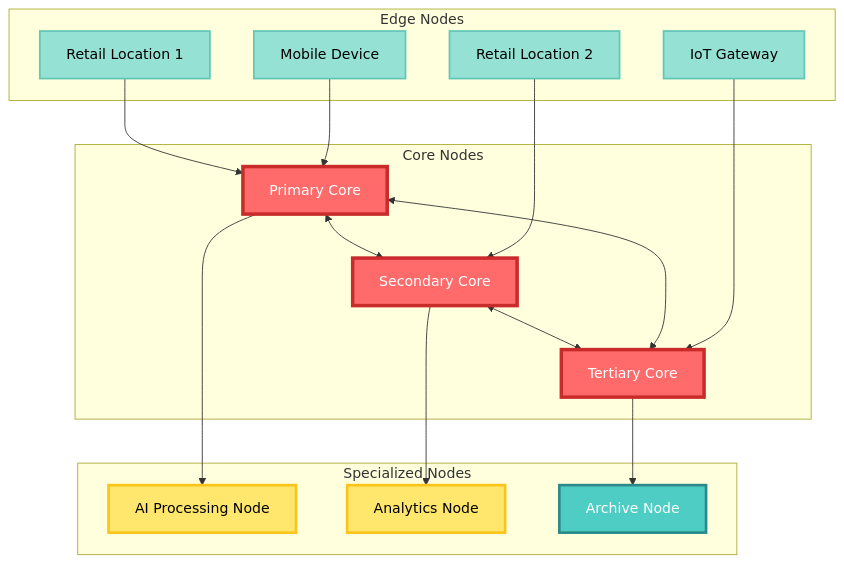
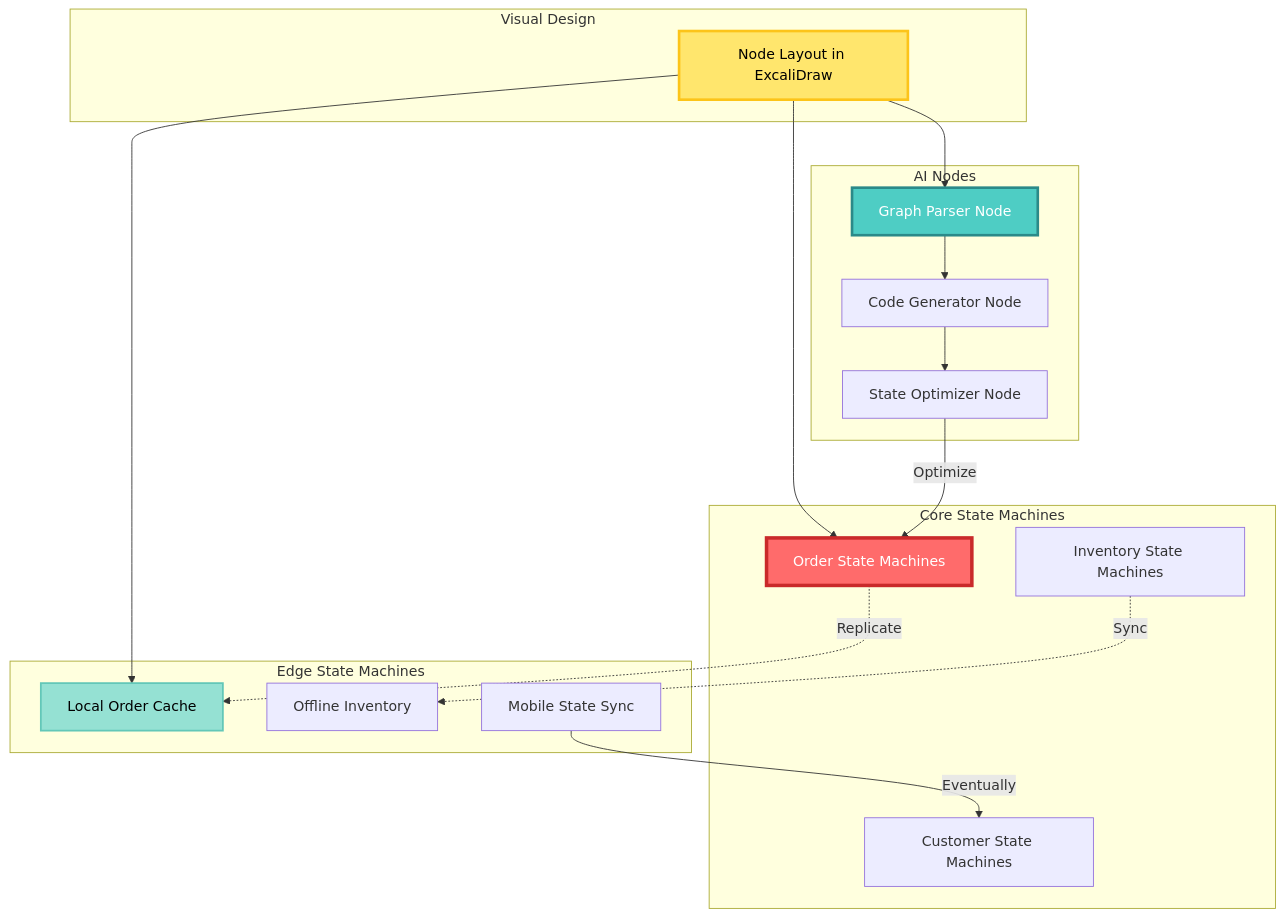
Before and after one commit to TheCowboyAI/cim: the fifth of 9 diagrams in doc/architecture-deep-dive.md, drawn with Mermaid. The commit also changed other lines of this file and 1 other file, not shown here.

First line of the commit message:
Complete documentation revision for visual-first architecture

````diff
--- a/doc/architecture-deep-dive.md
+++ b/doc/architecture-deep-dive.md
@@ -423,46 +454,42 @@
 ```mermaid
 graph TB
-    subgraph "Core Nodes"
-        CN1[Primary Core]
-        CN2[Secondary Core]
-        CN3[Tertiary Core]
+    subgraph "Visual Design"
+        VD[Node Layout in ExcaliDraw]
     end
     
-    subgraph "Edge Nodes"
-        EN1[Retail Location 1]
-        EN2[Retail Location 2]
-        EN3[Mobile Device]
-        EN4[IoT Gateway]
+    subgraph "Core State Machines"
+        CS1[Order State Machines]
+        CS2[Inventory State Machines]
+        CS3[Customer State Machines]
     end
     
-    subgraph "Specialized Nodes"
-        SN1[AI Processing Node]
-        SN2[Analytics Node]
-        SN3[Archive Node]
+    subgraph "Edge State Machines"
+        ES1[Local Order Cache]
+        ES2[Offline Inventory]
+        ES3[Mobile State Sync]
     end
     
-    CN1 <--> CN2
-    CN2 <--> CN3
-    CN1 <--> CN3
+    subgraph "AI Nodes"
+        AI1[Graph Parser Node]
+        AI2[Code Generator Node]
+        AI3[State Optimizer Node]
+    end
     
-    EN1 --> CN1
-    EN2 --> CN2
-    EN3 --> CN1
-    EN4 --> CN3
+    VD --> CS1
+    VD --> ES1
+    VD --> AI1
     
-    CN1 --> SN1
-    CN2 --> SN2
-    CN3 --> SN3
+    CS1 -.->|Replicate| ES1
+    CS2 -.->|Sync| ES2
+    ES3 -->|Eventually| CS3
+    
+    AI1 --> AI2
+    AI2 --> AI3
+    AI3 -->|Optimize| CS1
     
     %% Styling
-    style CN1 fill:#FF6B6B,stroke:#C92A2A,stroke-width:4px,color:#FFF
-    style CN2 fill:#FF6B6B,stroke:#C92A2A,stroke-width:4px,color:#FFF
-    style CN3 fill:#FF6B6B,stroke:#C92A2A,stroke-width:4px,color:#FFF
-    style EN1 fill:#95E1D3,stroke:#63C7B8,stroke-width:2px,color:#000
-    style EN2 fill:#95E1D3,stroke:#63C7B8,stroke-width:2px,color:#000
-    style EN3 fill:#95E1D3,stroke:#63C7B8,stroke-width:2px,color:#000
-    style EN4 fill:#95E1D3,stroke:#63C7B8,stroke-width:2px,color:#000
-    style SN1 fill:#FFE66D,stroke:#FCC419,stroke-width:3px,color:#000
-    style SN2 fill:#FFE66D,stroke:#FCC419,stroke-width:3px,color:#000
-    style SN3 fill:#4ECDC4,stroke:#2B8A89,stroke-width:3px,color:#FFF
+    style VD fill:#FFE66D,stroke:#FCC419,stroke-width:3px,color:#000
+    style CS1 fill:#FF6B6B,stroke:#C92A2A,stroke-width:4px,color:#FFF
+    style ES1 fill:#95E1D3,stroke:#63C7B8,stroke-width:2px,color:#000
+    style AI1 fill:#4ECDC4,stroke:#2B8A89,stroke-width:3px,color:#FFF
 ```
````
